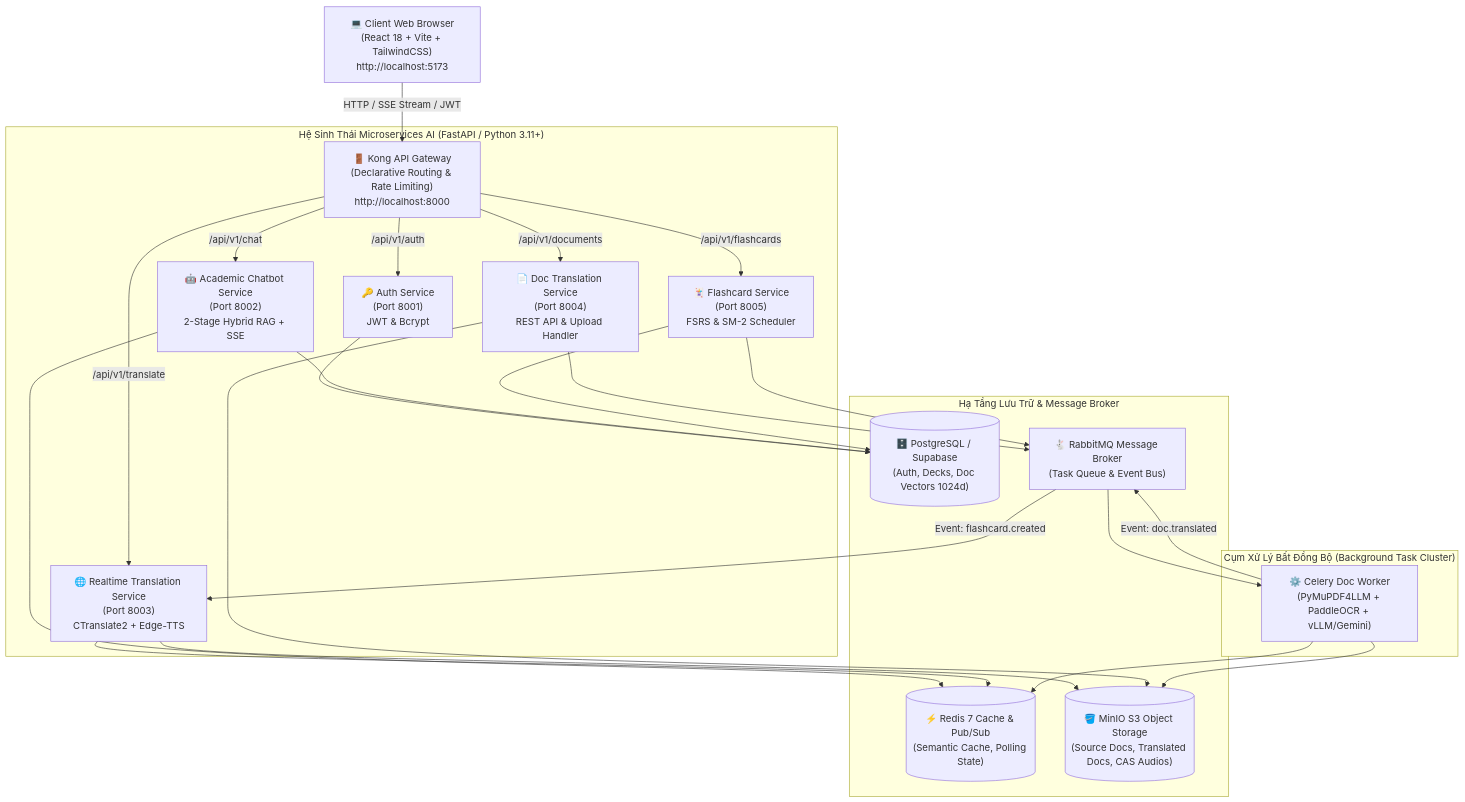
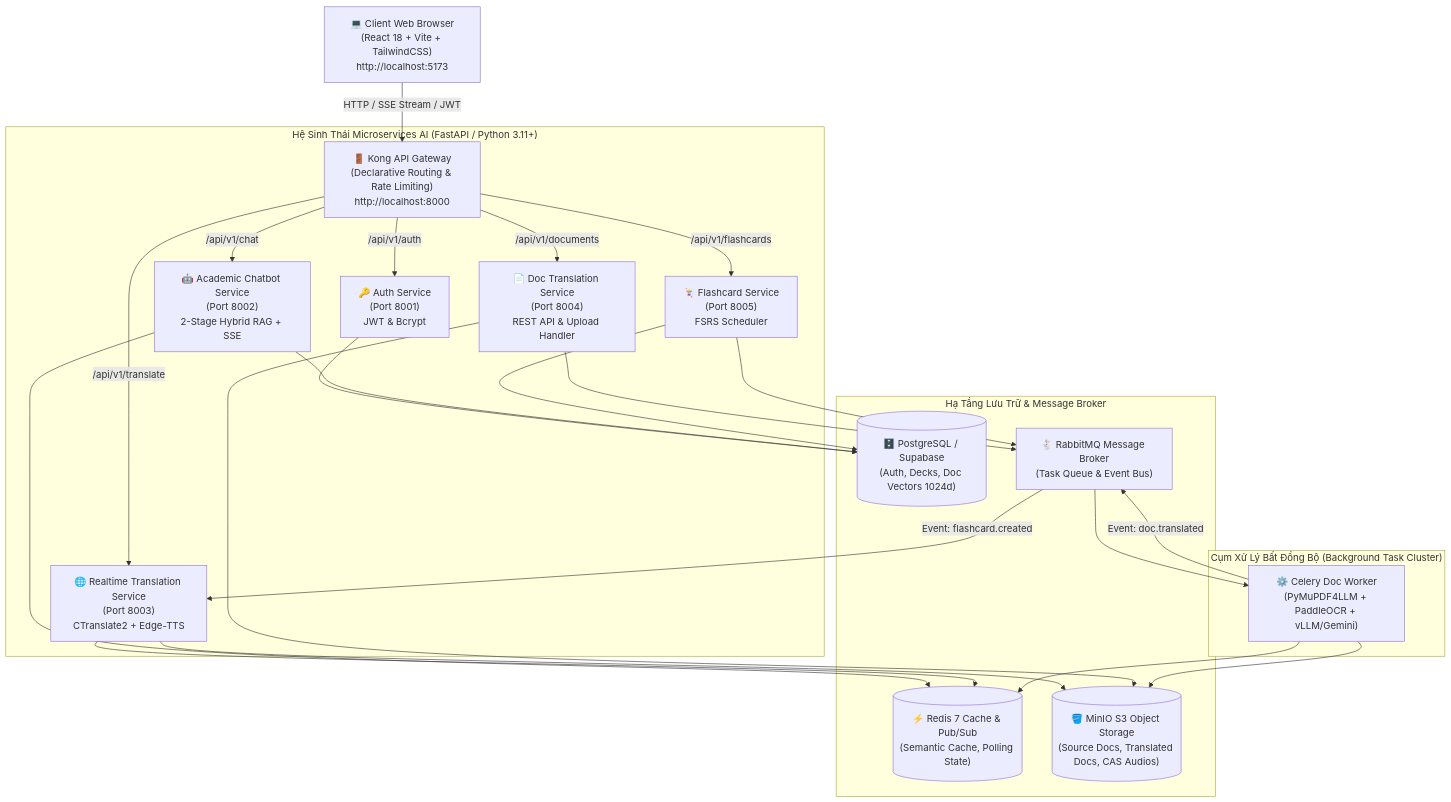
The first of 3 diagrams in README.md (baovr125/IUH_Academic_Counseling_Chatbot), drawn with Mermaid before and after one commit. The commit also changed other lines of this file and 13 other files, not shown here.

````diff
--- a/README.md
+++ b/README.md
@@ -110,38 +110,38 @@
 ```mermaid
 flowchart TD
     Client["💻 Client Web Browser\n(React 18 + Vite + TailwindCSS)\nhttp://localhost:5173"] -->|HTTP / SSE Stream / JWT| Gateway["🚪 Kong API Gateway\n(Declarative Routing & Rate Limiting)\nhttp://localhost:8000"]
     
     subgraph Core_Microservices ["Hệ Sinh Thái Microservices AI (FastAPI / Python 3.11+)"]
         Gateway -->|/api/v1/auth| AuthSvc["🔑 Auth Service\n(Port 8001)\nJWT & Bcrypt"]
         Gateway -->|/api/v1/chat| ChatSvc["🤖 Academic Chatbot Service\n(Port 8002)\n2-Stage Hybrid RAG + SSE"]
         Gateway -->|/api/v1/translate| TransSvc["🌐 Realtime Translation Service\n(Port 8003)\nCTranslate2 + Edge-TTS"]
         Gateway -->|/api/v1/documents| DocSvc["📄 Doc Translation Service\n(Port 8004)\nREST API & Upload Handler"]
-        Gateway -->|/api/v1/flashcards| FlashSvc["🃏 Flashcard Service\n(Port 8005)\nFSRS & SM-2 Scheduler"]
+        Gateway -->|/api/v1/flashcards| FlashSvc["🃏 Flashcard Service\n(Port 8005)\nFSRS Scheduler"]
     end
 
     subgraph Async_Worker_Cluster ["Cụm Xử Lý Bất Đồng Bộ (Background Task Cluster)"]
         DocWorker["⚙️ Celery Doc Worker\n(PyMuPDF4LLM + PaddleOCR + vLLM/Gemini)"]
     end
 
     subgraph Infrastructure_Storage ["Hạ Tầng Lưu Trữ & Message Broker"]
         Supabase[("🗄️ PostgreSQL / Supabase\n(Auth, Decks, Doc Vectors 1024d)")]
         RedisCache[("⚡ Redis 7 Cache & Pub/Sub\n(Semantic Cache, Polling State)")]
         RabbitMQ["🐇 RabbitMQ Message Broker\n(Task Queue & Event Bus)"]
         MinIOS3[("🪣 MinIO S3 Object Storage\n(Source Docs, Translated Docs, CAS Audios)")]
     end
 
     AuthSvc --> Supabase
     ChatSvc --> Supabase
     ChatSvc --> RedisCache
     TransSvc --> RedisCache
     TransSvc --> MinIOS3
     DocSvc --> MinIOS3
     DocSvc --> RabbitMQ
     RabbitMQ --> DocWorker
     DocWorker --> RedisCache
     DocWorker --> MinIOS3
     DocWorker -->|Event: doc.translated| RabbitMQ
     RabbitMQ -->|Event: flashcard.created| TransSvc
     FlashSvc --> Supabase
     FlashSvc --> RabbitMQ
 ```
````
